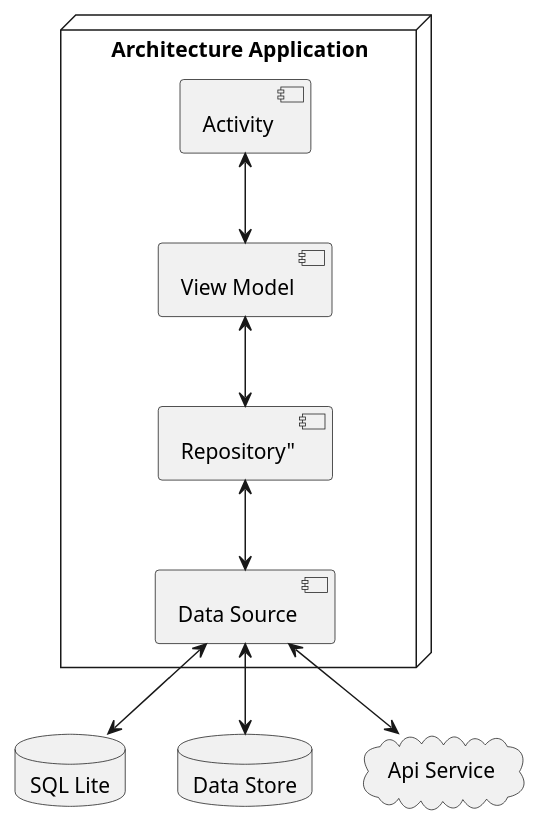
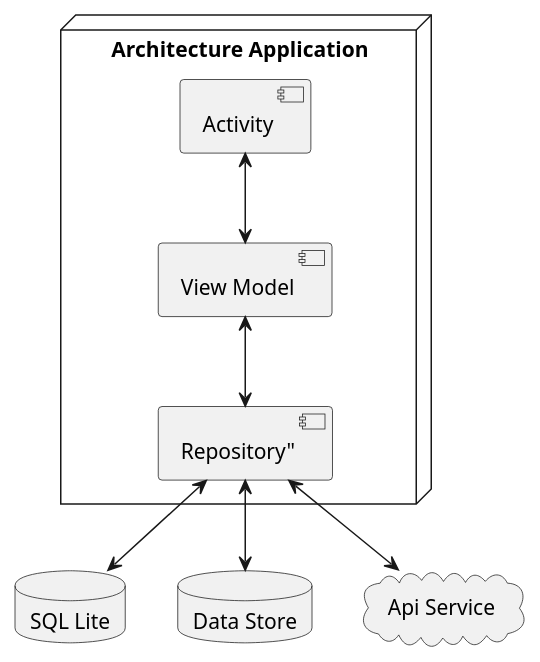
Before and after one commit to azisanw19/clean-architecture-android: the diagram in architecture.puml, drawn with PlantUML. The commit also changed 18 other files, not shown here.

```diff
--- a/architecture.puml
+++ b/architecture.puml
@@ -1,21 +1,19 @@
 @startuml
 
 node "Architecture Application" {
     component "Activity" as activity
     component "View Model" as viewModel
     component "Repository"" as repository
-    component "Data Source" as dataSource
 }
 
 database "SQL Lite" as databaseSQL
 database "Data Store" as datastore
 cloud "Api Service" as apiService
 
 activity <--> viewModel
 viewModel <--> repository
-repository <--> dataSource
-dataSource <--> databaseSQL
-dataSource <--> datastore
-dataSource <--> apiService
+repository <--> databaseSQL
+repository <--> datastore
+repository <--> apiService
 
 @enduml
```
